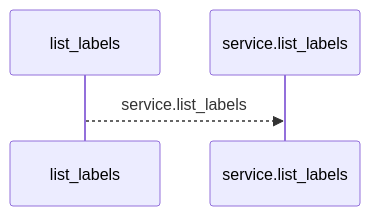
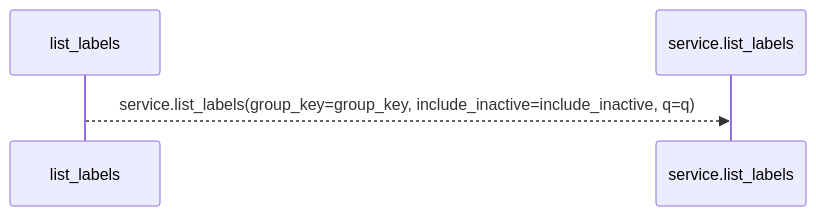
Before and after one commit to Denissvgn/WorkChord: the first of 2 diagrams in docs/llm_wiki/flows/http-list_labels.md, drawn with Mermaid. The commit also changed other lines of this file and 25171 other files, not shown here.

````diff
--- a/docs/llm_wiki/flows/http-list_labels.md
+++ b/docs/llm_wiki/flows/http-list_labels.md
@@ -10,6 +12,6 @@
 ```mermaid
 sequenceDiagram
     participant p0 as list_labels
     participant p1 as service.list_labels
-    p0-->>p1: service.list_labels
+    p0-->>p1: service.list_labels(group_key=group_key, include_inactive=include_inactive, q=q)
 ```
````
